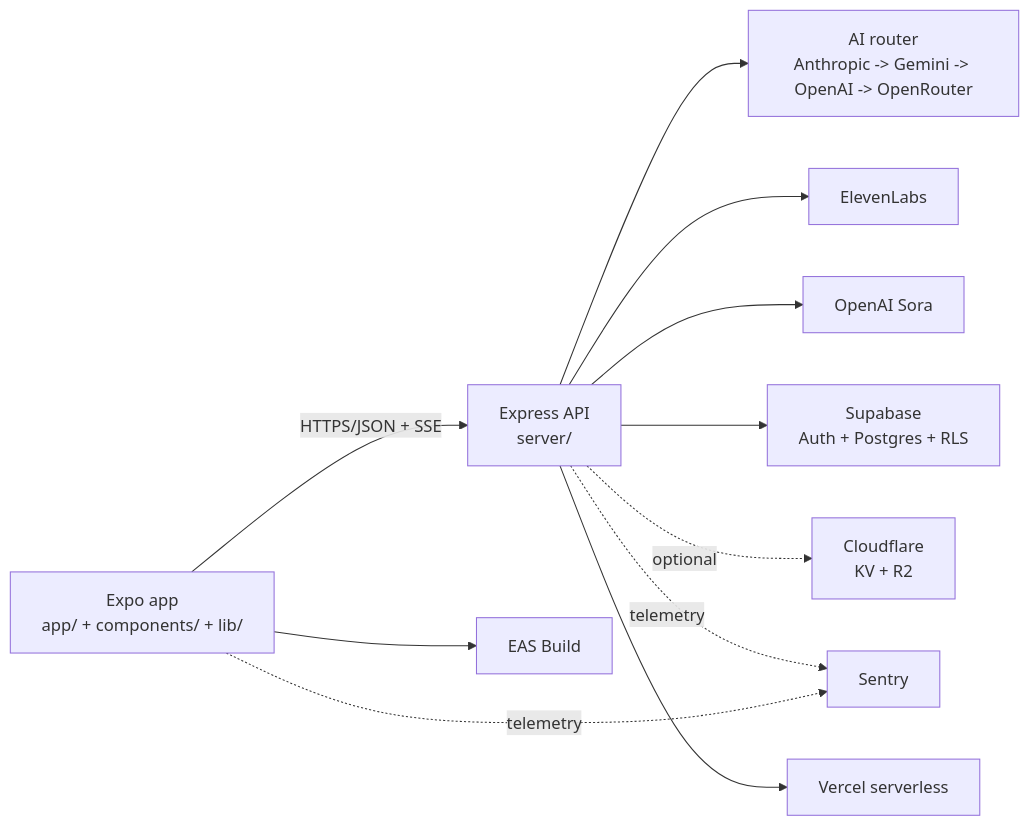
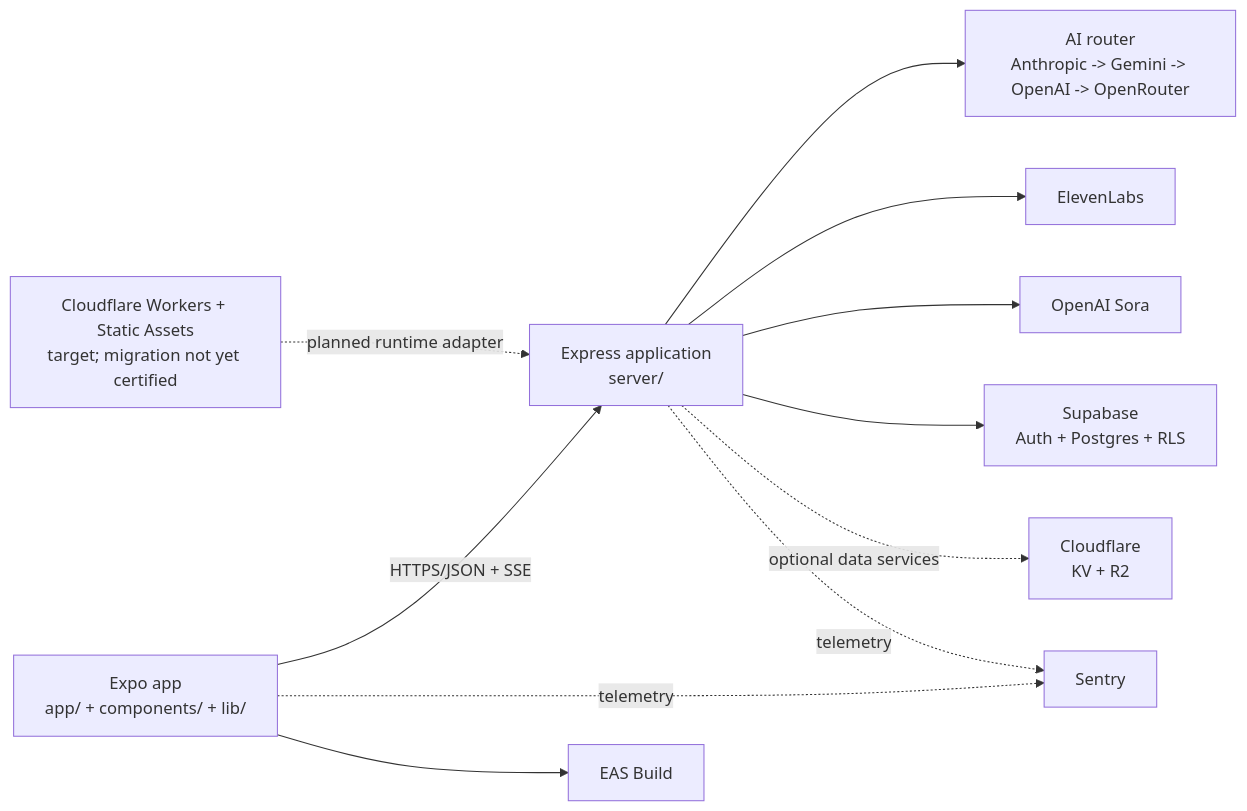
Before and after one commit to ChaosClubCo/Infinite-Heros-Bedtime-Chronicles-v5: the diagram in docs/ARCHITECTURE.md, drawn with Mermaid. The commit also changed other lines of this file, not shown here.

Commit message:
docs(architecture): retire Vercel runtime and mark Cloudflare hosting as unverified target

````diff
--- a/docs/ARCHITECTURE.md
+++ b/docs/ARCHITECTURE.md
@@ -8,24 +8,24 @@
 ```mermaid
 flowchart LR
     Client[Expo app\napp/ + components/ + lib/]
-    API[Express API\nserver/]
+    API[Express application\nserver/]
     AIRouter[AI router\nAnthropic -> Gemini -> OpenAI -> OpenRouter]
     TTS[ElevenLabs]
     Video[OpenAI Sora]
     Supabase[Supabase\nAuth + Postgres + RLS]
-    Cloudflare[Cloudflare\nKV + R2]
+    CFData[Cloudflare\nKV + R2]
+    CFHosting[Cloudflare Workers + Static Assets\ntarget; migration not yet certified]
     Sentry[Sentry]
-    Vercel[Vercel serverless]
     EAS[EAS Build]
 
     Client -->|HTTPS/JSON + SSE| API
     API --> AIRouter
     API --> TTS
     API --> Video
     API --> Supabase
-    API -. optional .-> Cloudflare
+    API -. optional data services .-> CFData
     API -. telemetry .-> Sentry
     Client -. telemetry .-> Sentry
-    API --> Vercel
+    CFHosting -. planned runtime adapter .-> API
     Client --> EAS
 ```
````
